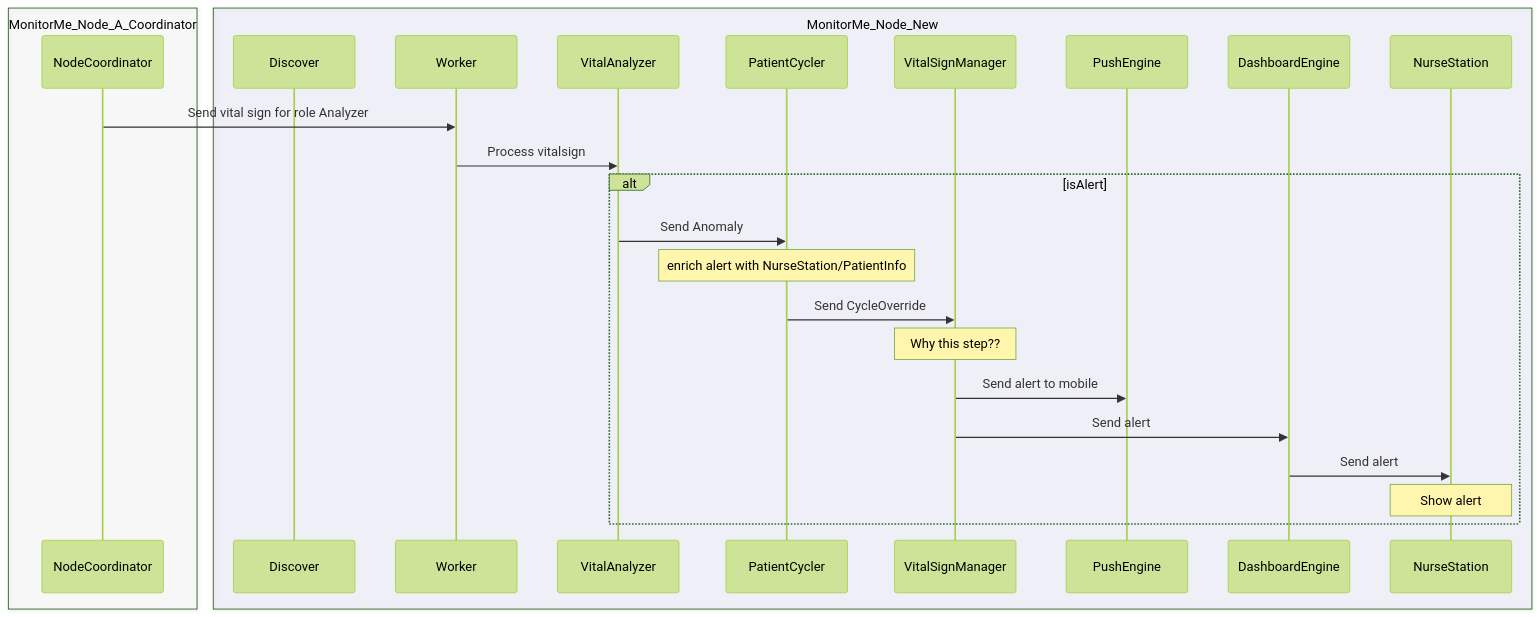
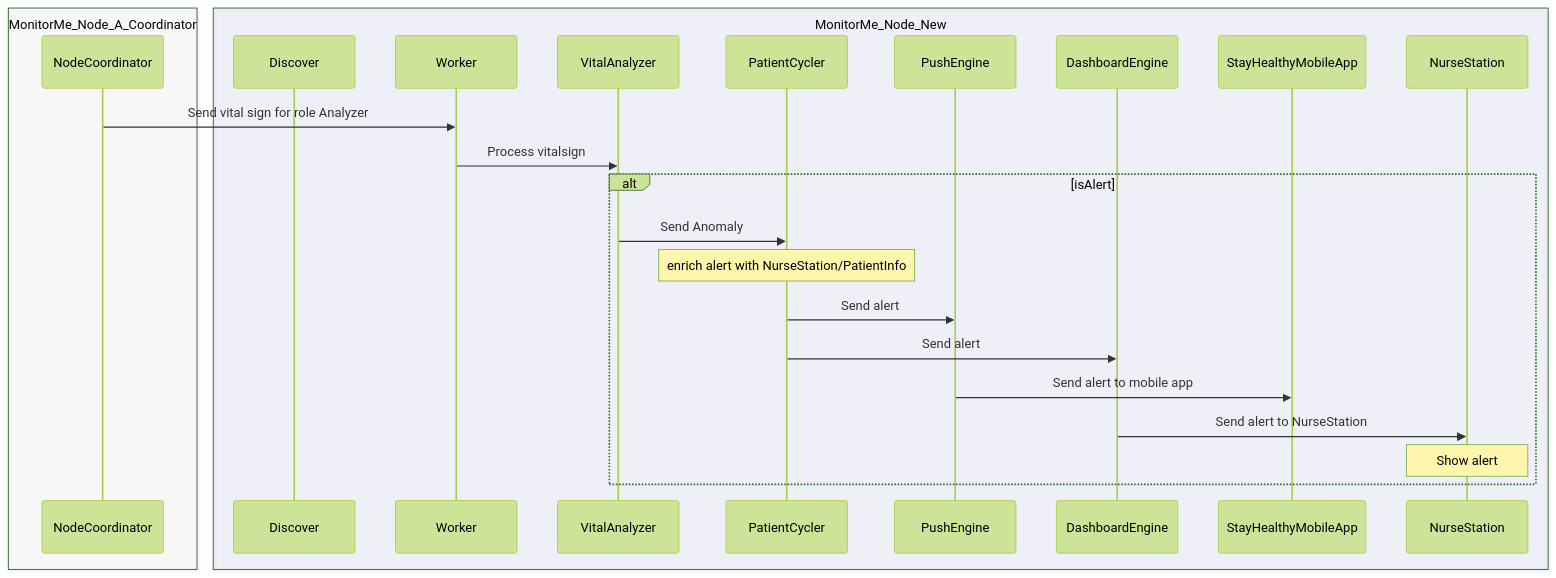
One commit to CoolProfsJeroenB/TeamLowCode-Katas2024 changed the first of 2 diagrams in README.md. Above: the diagram before and after it, drawn with Mermaid (forest theme). The commit also changed 2 other files, not shown here.

Commit message:
new pictures

````diff
--- a/README.md
+++ b/README.md
@@ -424,38 +424,29 @@
 ``` mermaid
 sequenceDiagram
     box rgb(240,240,240,0.2) MonitorMe_Node_A_Coordinator
      participant NodeCoordinator
     end
 
     box rgb(200,200,240,0.2) MonitorMe_Node_New
     participant Discover
     participant Worker
     Participant VitalAnalyzer
     Participant PatientCycler
-    Participant VitalSignManager
     Participant PushEngine
     Participant DashboardEngine
+    Participant StayHealthyMobileApp
     Participant NurseStation
     end
 
     NodeCoordinator->>Worker: Send vital sign for role Analyzer
     Worker->>VitalAnalyzer: Process vitalsign
     alt isAlert
         VitalAnalyzer->>PatientCycler: Send Anomaly
         Note over PatientCycler: enrich alert with NurseStation/PatientInfo
-        PatientCycler->>VitalSignManager: Send CycleOverride
-        Note over VitalSignManager: Why this step??
-        VitalSignManager->>PushEngine: Send alert to mobile
-        VitalSignManager->>DashboardEngine: Send alert
-        DashboardEngine->>NurseStation: Send alert
+        PatientCycler->>PushEngine: Send alert 
+        PatientCycler->>DashboardEngine: Send alert 
+        PushEngine->>StayHealthyMobileApp: Send alert to mobile app
+        DashboardEngine->>NurseStation: Send alert to NurseStation
         Note over NurseStation: Show alert
     end
-
-    
-
-
-
-
-
-
 ```
````
